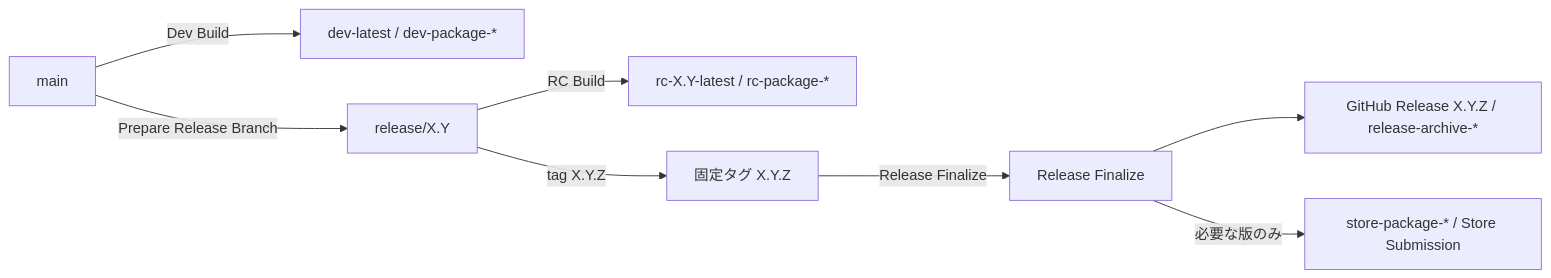
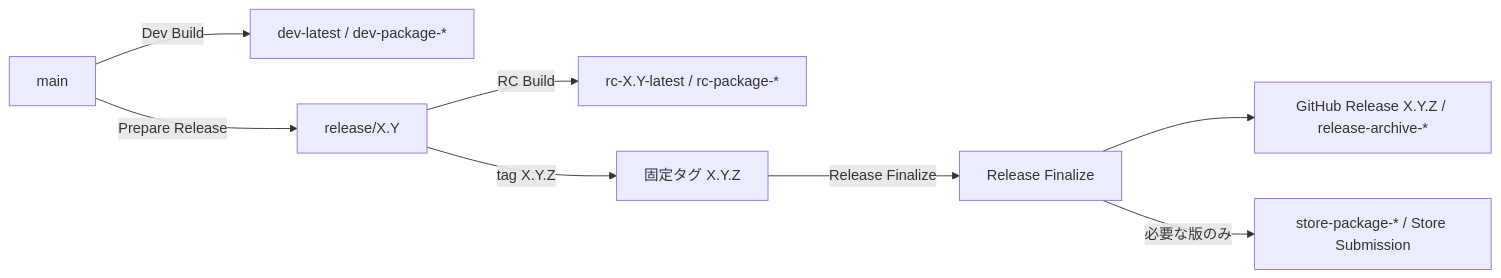
The diagram in docs/release/ReleaseProcess.md (tnagata012/ClipSave), drawn with Mermaid before and after one commit. The commit also changed other lines of this file and 9 other files, not shown here.

First line of the commit message:
chore: streamline prepare release workflow (#44)

````diff
--- a/docs/release/ReleaseProcess.md
+++ b/docs/release/ReleaseProcess.md
@@ -30,10 +30,10 @@
 ```mermaid
 flowchart LR
   main[main] -->|Dev Build| dev[dev-latest / dev-package-*]
-  main -->|Prepare Release Branch| release[release/X.Y]
+  main -->|Prepare Release| release[release/X.Y]
   release -->|RC Build| rc[rc-X.Y-latest / rc-package-*]
   release -->|tag X.Y.Z| tag[固定タグ X.Y.Z]
   tag -->|Release Finalize| finalize[Release Finalize]
   finalize --> archive[GitHub Release X.Y.Z / release-archive-*]
   finalize -->|必要な版のみ| store[store-package-* / Store Submission]
 ```
````
